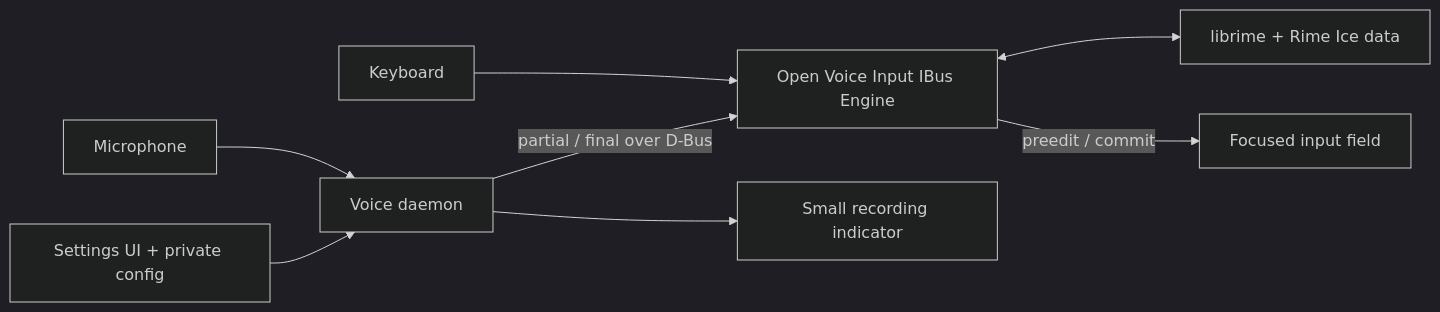
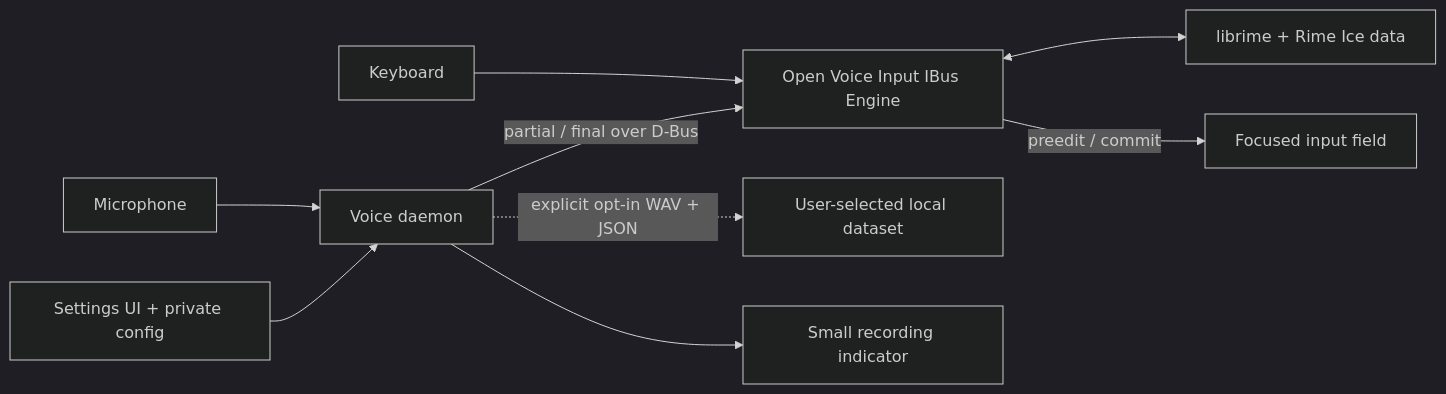
Before and after one commit to SidUParis/openVoiceInput_linux: the diagram in README.md, drawn with Mermaid (dark theme). The commit also changed other lines of this file and 44 other files, not shown here.

````diff
--- a/README.md
+++ b/README.md
@@ -54,10 +58,11 @@
 ```mermaid
 flowchart LR
     K["Keyboard"] --> E["Open Voice Input IBus Engine"]
     E <--> R["librime + Rime Ice data"]
     M["Microphone"] --> V["Voice daemon"]
     S["Settings UI + private config"] --> V
     V -->|"partial / final over D-Bus"| E
+    V -.->|"explicit opt-in WAV + JSON"| D["User-selected local dataset"]
     E -->|"preedit / commit"| F["Focused input field"]
     V --> I["Small recording indicator"]
 ```
````
